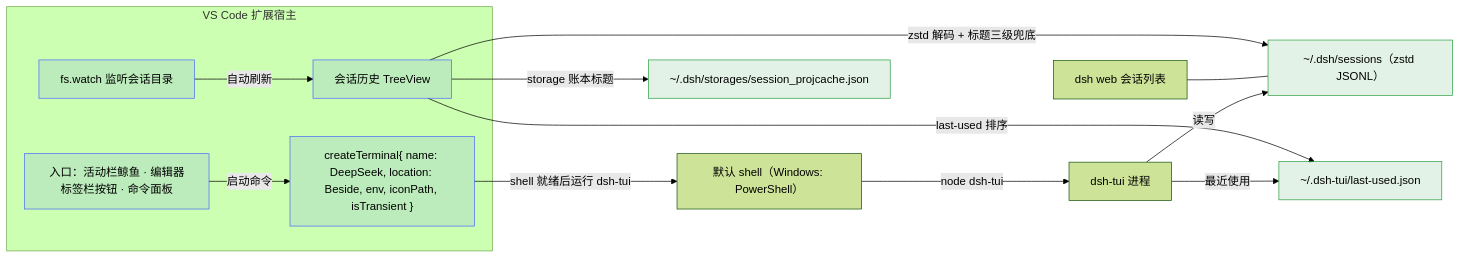
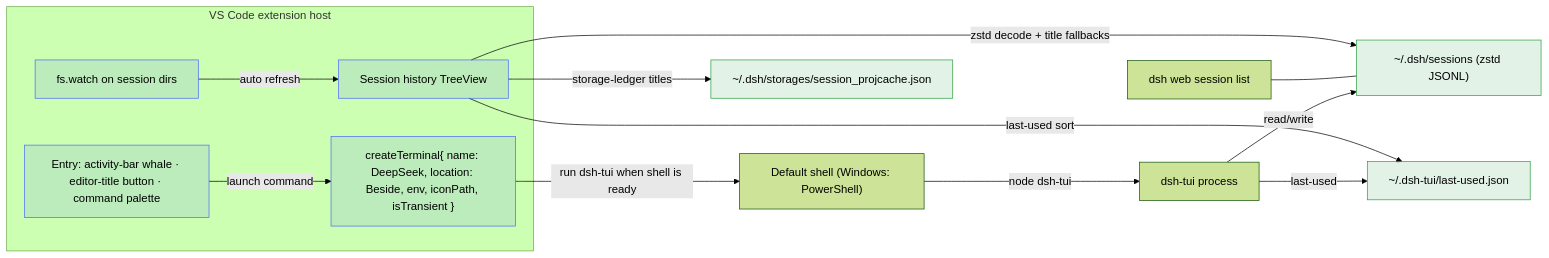
One commit to baobaolaodie/dsh-tui-vscode changed the diagram in README.md. Above: the diagram before and after it, drawn with Mermaid (forest theme). The commit also changed other lines of this file and 22 other files, not shown here.

````diff
--- a/README.md
+++ b/README.md
@@ -79,23 +79,23 @@
 ```mermaid
 flowchart LR
   classDef ext fill:#4D6BFE22,stroke:#4D6BFE
   classDef data fill:#2ea04322,stroke:#2ea043
 
-  subgraph host["VS Code 扩展宿主"]
-    CMD["入口：活动栏鲸鱼 · 编辑器标签栏按钮 · 命令面板"]:::ext
+  subgraph host["VS Code extension host"]
+    CMD["Entry: activity-bar whale · editor-title button · command palette"]:::ext
     TERM["createTerminal{ name: DeepSeek, location: Beside, env, iconPath, isTransient }"]:::ext
-    SESS["会话历史 TreeView"]:::ext
-    WATCH["fs.watch 监听会话目录"]:::ext
+    SESS["Session history TreeView"]:::ext
+    WATCH["fs.watch on session dirs"]:::ext
   end
 
-  CMD -->|启动命令| TERM
-  TERM -->|shell 就绪后运行 dsh-tui| SHELL["默认 shell（Windows: PowerShell）"]
-  SHELL -->|node dsh-tui| TUI["dsh-tui 进程"]
-  TUI -->|读写| STORE["~/.dsh/sessions（zstd JSONL）"]:::data
-  TUI -->|最近使用| MRU["~/.dsh-tui/last-used.json"]:::data
-  WEB["dsh web 会话列表"] --- STORE
-  SESS -->|zstd 解码 + 标题三级兜底| STORE
-  SESS -->|storage 账本标题| CACHE["~/.dsh/storages/session_projcache.json"]:::data
-  SESS -->|last-used 排序| MRU
-  WATCH -->|自动刷新| SESS
+  CMD -->|launch command| TERM
+  TERM -->|run dsh-tui when shell is ready| SHELL["Default shell (Windows: PowerShell)"]
+  SHELL -->|node dsh-tui| TUI["dsh-tui process"]
+  TUI -->|read/write| STORE["~/.dsh/sessions (zstd JSONL)"]:::data
+  TUI -->|last-used| MRU["~/.dsh-tui/last-used.json"]:::data
+  WEB["dsh web session list"] --- STORE
+  SESS -->|zstd decode + title fallbacks| STORE
+  SESS -->|storage-ledger titles| CACHE["~/.dsh/storages/session_projcache.json"]:::data
+  SESS -->|last-used sort| MRU
+  WATCH -->|auto refresh| SESS
 ```
````
